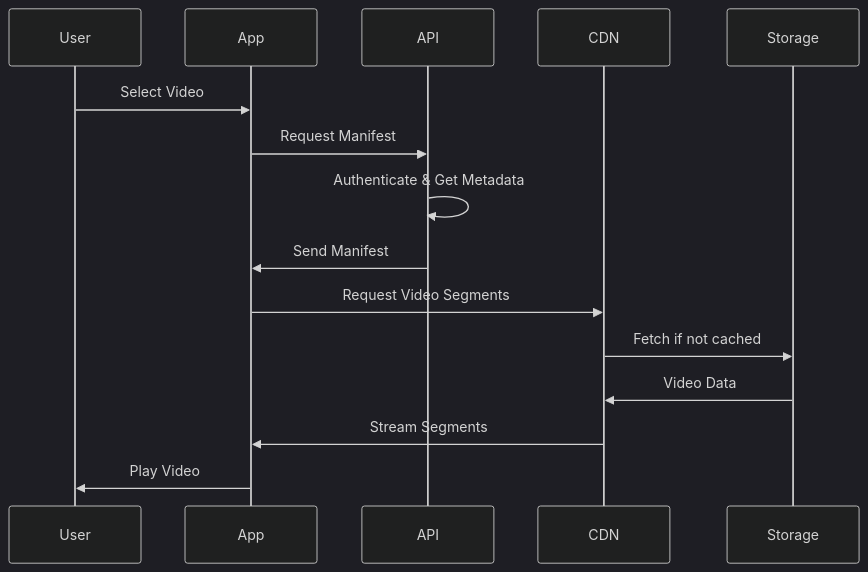
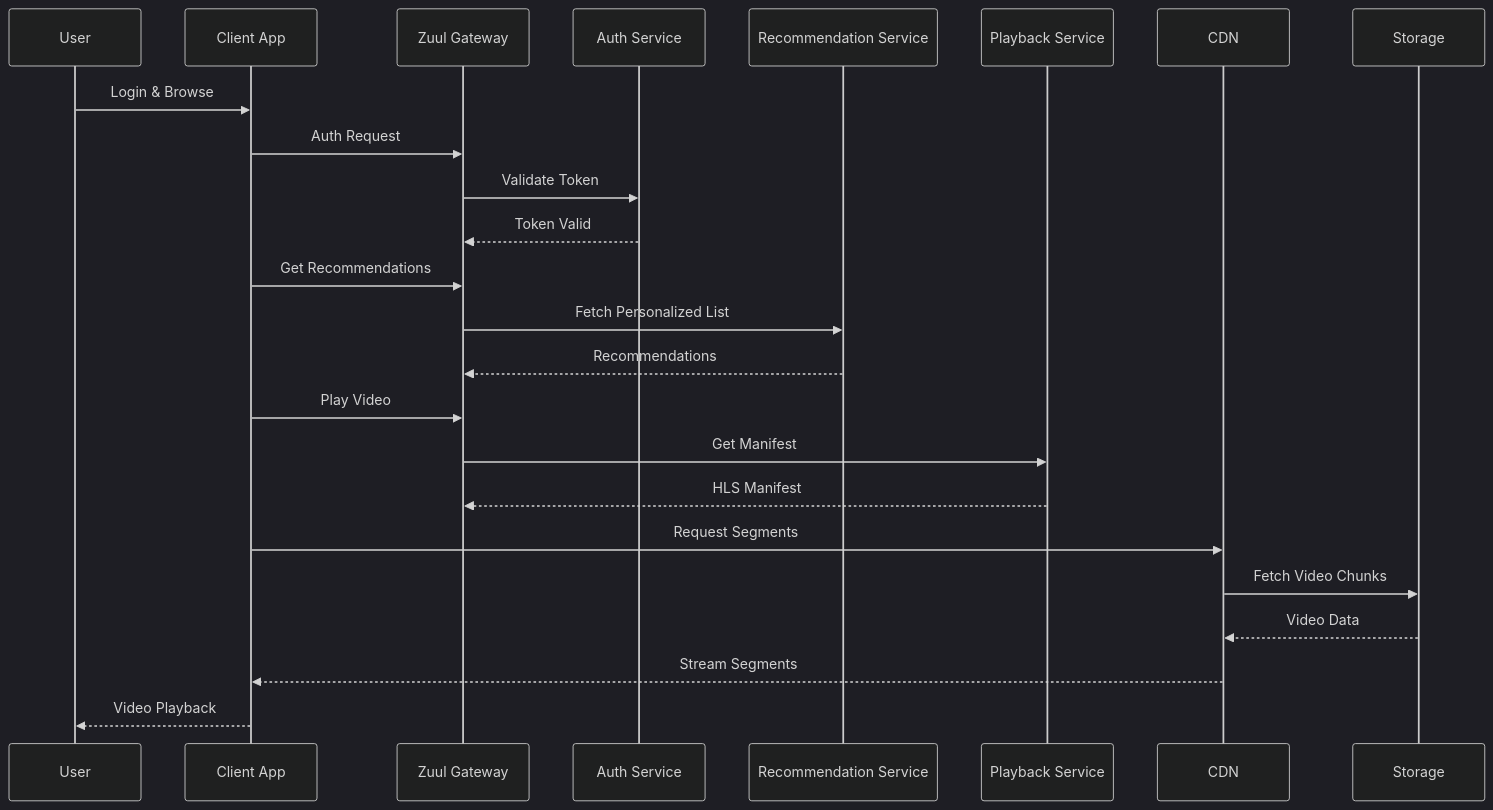
Before and after one commit to VrushankPatel/interview-matters: the second of 2 diagrams in netflix-system-design/README.md, drawn with Mermaid (dark theme). The commit also changed other lines of this file and 2 other files, not shown here.

Commit message:
kb: add/update topics java-stream-api-and-functional-programming, url-shortener-system-design, netflix-system-design, proxy-forward-and-reverse, rate-limiting

````diff
--- a/netflix-system-design/README.md
+++ b/netflix-system-design/README.md
@@ -84,18 +130,27 @@
 ```mermaid
 sequenceDiagram
     participant User
-    participant App
-    participant API
+    participant Client App
+    participant Zuul Gateway
+    participant Auth Service
+    participant Recommendation Service
+    participant Playback Service
     participant CDN
     participant Storage
 
-    User->>App: Select Video
-    App->>API: Request Manifest
-    API->>API: Authenticate & Get Metadata
-    API->>App: Send Manifest
-    App->>CDN: Request Video Segments
-    CDN->>Storage: Fetch if not cached
-    Storage->>CDN: Video Data
-    CDN->>App: Stream Segments
-    App->>User: Play Video
+    User->>Client App: Login & Browse
+    Client App->>Zuul Gateway: Auth Request
+    Zuul Gateway->>Auth Service: Validate Token
+    Auth Service-->>Zuul Gateway: Token Valid
+    Client App->>Zuul Gateway: Get Recommendations
+    Zuul Gateway->>Recommendation Service: Fetch Personalized List
+    Recommendation Service-->>Zuul Gateway: Recommendations
+    Client App->>Zuul Gateway: Play Video
+    Zuul Gateway->>Playback Service: Get Manifest
+    Playback Service-->>Zuul Gateway: HLS Manifest
+    Client App->>CDN: Request Segments
+    CDN->>Storage: Fetch Video Chunks
+    Storage-->>CDN: Video Data
+    CDN-->>Client App: Stream Segments
+    Client App-->>User: Video Playback
 ```
````
